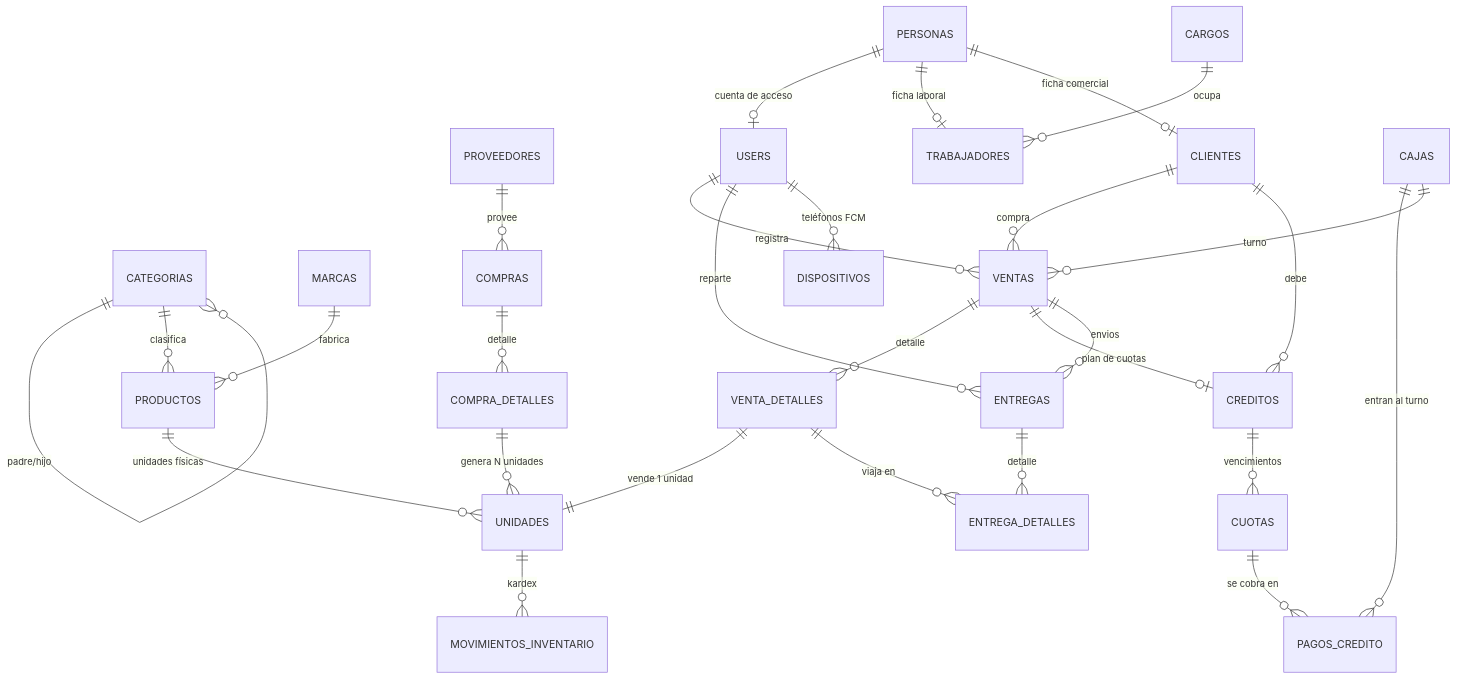
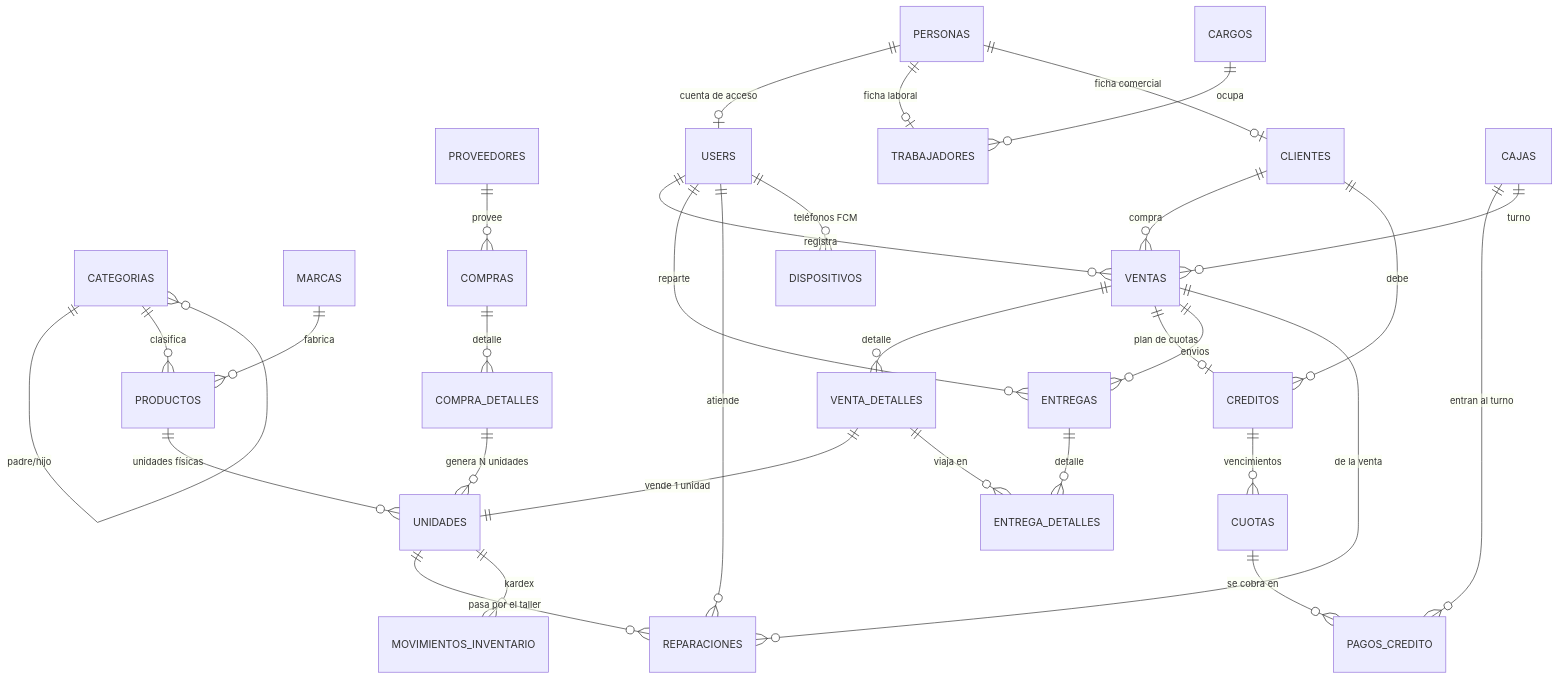
Before and after one commit to veimarivas/venta-electrodomesticos: the second of 2 diagrams in docs/PLAN.md, drawn with Mermaid. The commit also changed other lines of this file and 15 other files, not shown here.

````diff
--- a/docs/PLAN.md
+++ b/docs/PLAN.md
@@ -64,30 +64,33 @@
 ```mermaid
 erDiagram
     CATEGORIAS ||--o{ CATEGORIAS : "padre/hijo"
     CATEGORIAS ||--o{ PRODUCTOS : clasifica
     MARCAS     ||--o{ PRODUCTOS : fabrica
     PRODUCTOS  ||--o{ UNIDADES : "unidades físicas"
     PROVEEDORES ||--o{ COMPRAS : provee
     COMPRAS    ||--o{ COMPRA_DETALLES : detalle
     COMPRA_DETALLES ||--o{ UNIDADES : "genera N unidades"
     PERSONAS   ||--o| USERS : "cuenta de acceso"
     PERSONAS   ||--o| TRABAJADORES : "ficha laboral"
     PERSONAS   ||--o| CLIENTES : "ficha comercial"
     CARGOS     ||--o{ TRABAJADORES : ocupa
     VENTAS     ||--o{ VENTA_DETALLES : detalle
     VENTA_DETALLES ||--|| UNIDADES : "vende 1 unidad"
     CLIENTES   ||--o{ VENTAS : compra
     USERS      ||--o{ VENTAS : registra
     VENTAS     ||--o| CREDITOS : "plan de cuotas"
     CLIENTES   ||--o{ CREDITOS : debe
     CREDITOS   ||--o{ CUOTAS : "vencimientos"
     VENTAS     ||--o{ ENTREGAS : "envios"
     ENTREGAS   ||--o{ ENTREGA_DETALLES : detalle
     VENTA_DETALLES ||--o{ ENTREGA_DETALLES : "viaja en"
     USERS      ||--o{ ENTREGAS : reparte
+    UNIDADES   ||--o{ REPARACIONES : "pasa por el taller"
+    VENTAS     ||--o{ REPARACIONES : "de la venta"
+    USERS      ||--o{ REPARACIONES : atiende
     CUOTAS     ||--o{ PAGOS_CREDITO : "se cobra en"
     CAJAS      ||--o{ PAGOS_CREDITO : "entran al turno"
     CAJAS      ||--o{ VENTAS : "turno"
     UNIDADES   ||--o{ MOVIMIENTOS_INVENTARIO : kardex
     USERS      ||--o{ DISPOSITIVOS : "teléfonos FCM"
 ```
````
